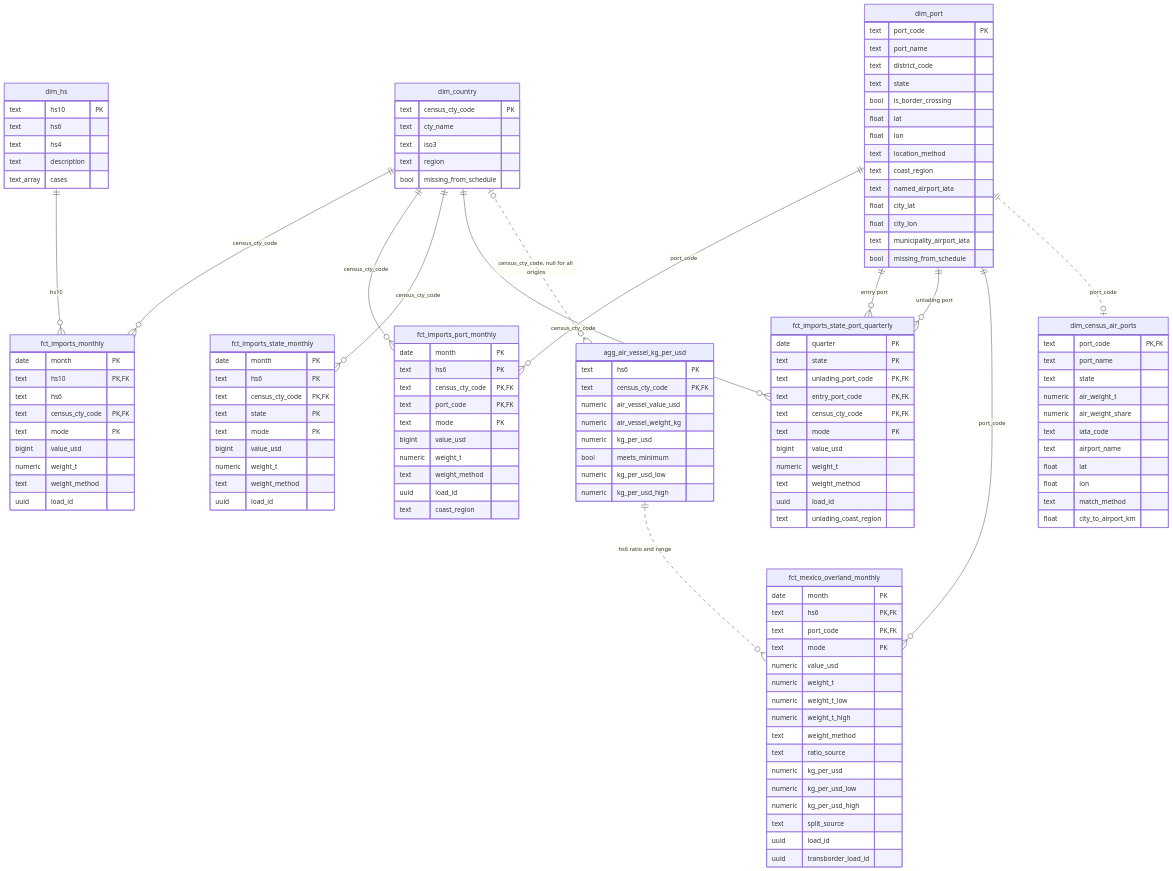
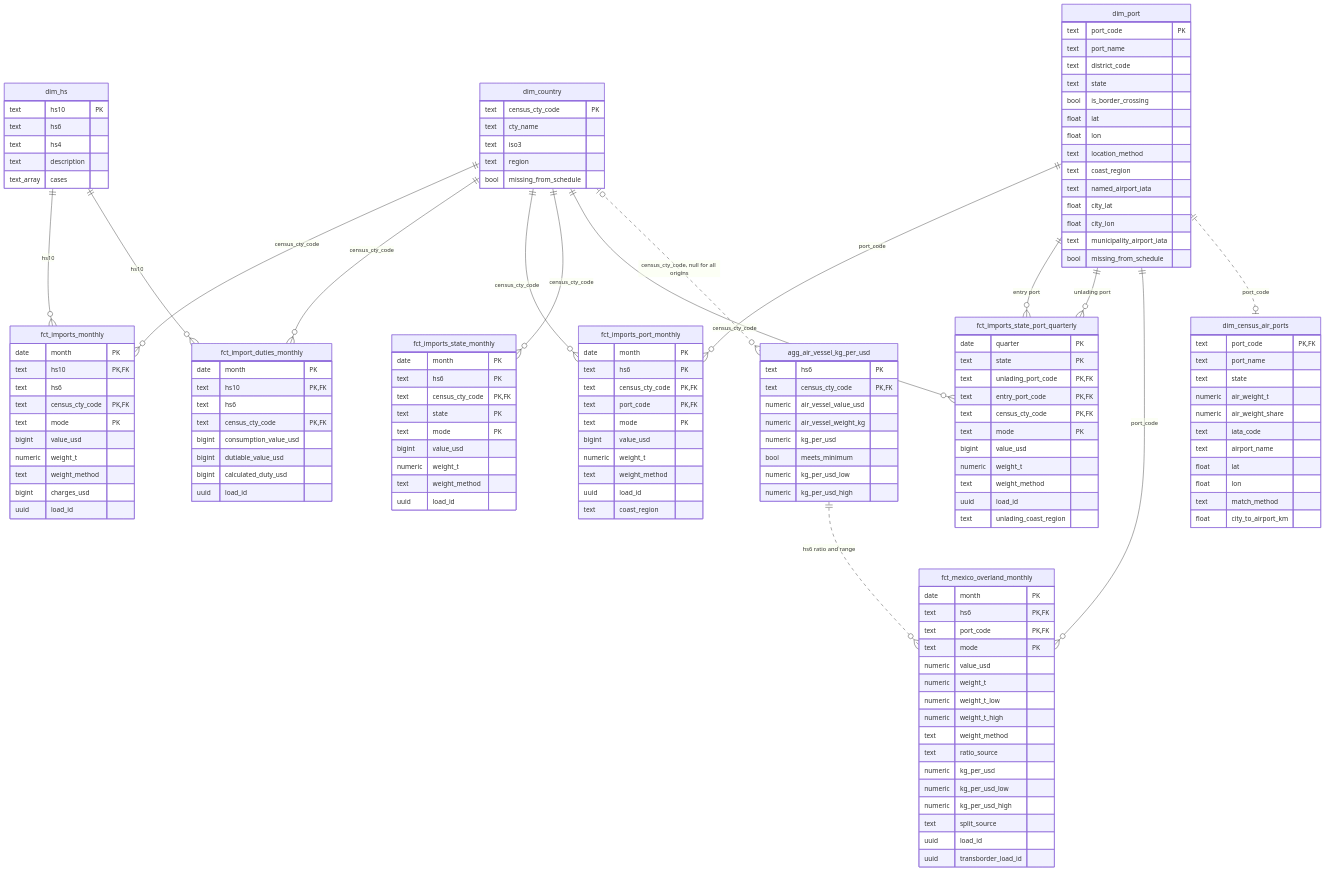
The first of 4 diagrams in docs/core-schema.md (mollyegibson/shockt-climate), drawn with Mermaid before and after one commit. The commit also changed other lines of this file and 16 other files, not shown here.

```diff
--- a/docs/core-schema.md
+++ b/docs/core-schema.md
@@ -64,6 +64,17 @@
     bigint value_usd
     numeric weight_t
     text weight_method
+    bigint charges_usd
+    uuid load_id
+  }
+  fct_import_duties_monthly {
+    date month PK
+    text hs10 PK, FK
+    text hs6
+    text census_cty_code PK, FK
+    bigint consumption_value_usd
+    bigint dutiable_value_usd
+    bigint calculated_duty_usd
     uuid load_id
   }
   fct_imports_port_monthly {
@@ -131,10 +142,12 @@
     uuid transborder_load_id
   }
   dim_country ||--o{ fct_imports_monthly : "census_cty_code"
+  dim_country ||--o{ fct_import_duties_monthly : "census_cty_code"
   dim_country ||--o{ fct_imports_port_monthly : "census_cty_code"
   dim_country ||--o{ fct_imports_state_monthly : "census_cty_code"
   dim_country ||--o{ fct_imports_state_port_quarterly : "census_cty_code"
   dim_hs ||--o{ fct_imports_monthly : "hs10"
+  dim_hs ||--o{ fct_import_duties_monthly : "hs10"
   dim_port ||--o{ fct_imports_port_monthly : "port_code"
   dim_port ||--o{ fct_imports_state_port_quarterly : "entry port"
   dim_port ||--o{ fct_imports_state_port_quarterly : "unlading port"
```
